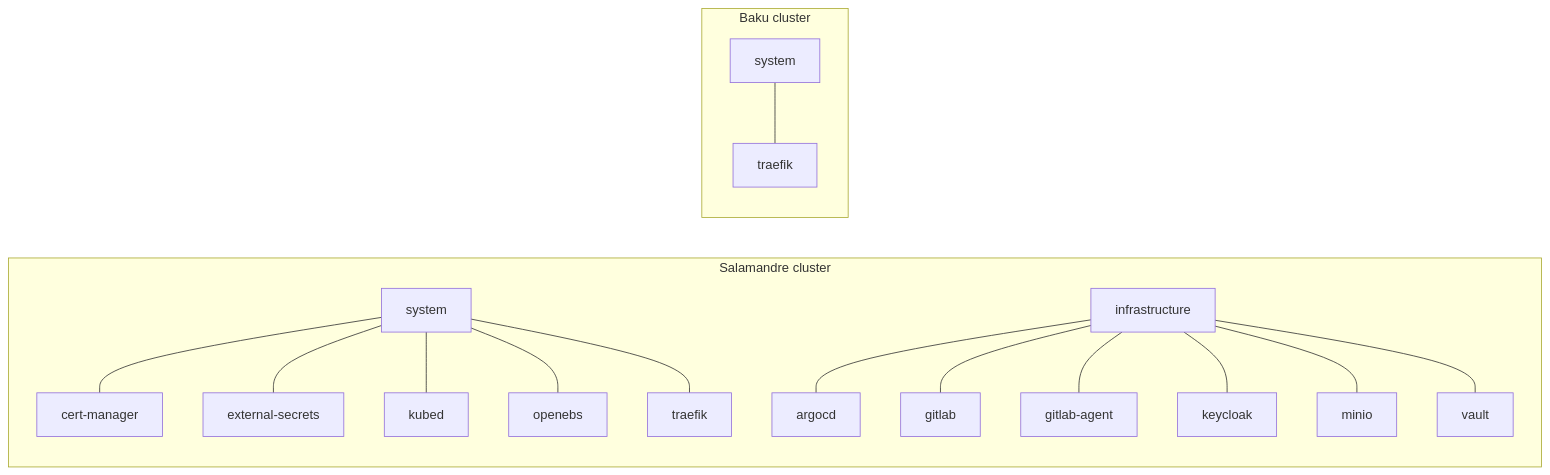
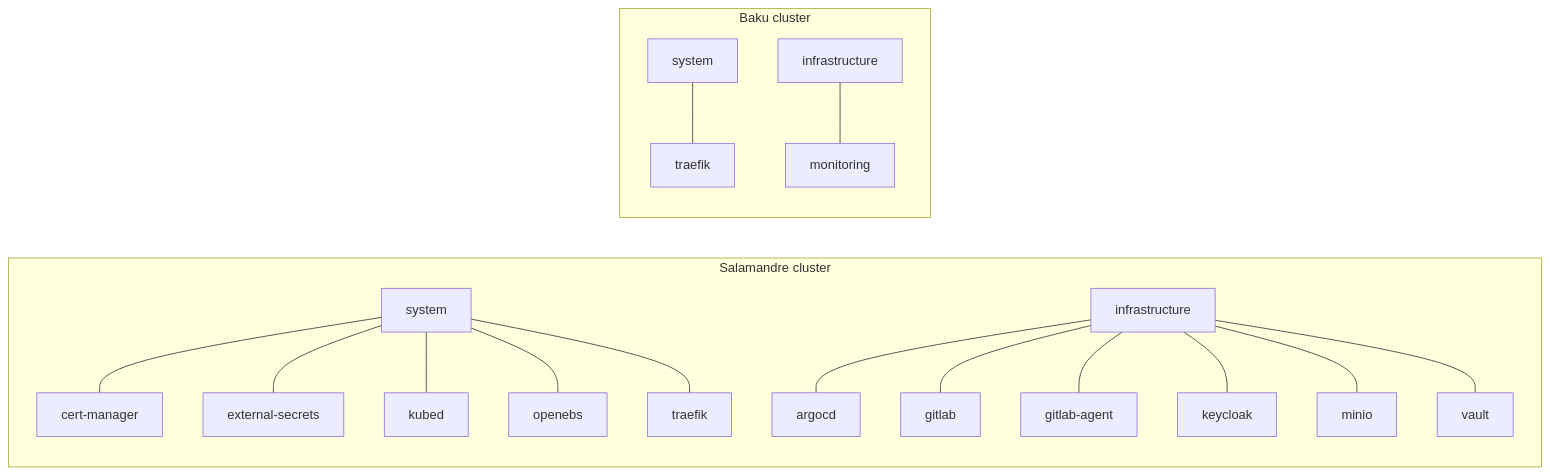
The first of 2 diagrams in docs/references/architecture/overview.md (sebtiz13/homecluster), drawn with Mermaid before and after one commit. The commit also changed other lines of this file and 35 other files, not shown here.

````diff
--- a/docs/references/architecture/overview.md
+++ b/docs/references/architecture/overview.md
@@ -5,21 +5,22 @@
 ```mermaid
 graph LR
   subgraph "Salamandre cluster"
     s-system[system] --- cert-manager
     s-system --- external-secrets
     s-system --- kubed
     s-system --- openebs
     s-system --- s-traefik[traefik]
 
     s-infrastructure[infrastructure] --- argocd
     s-infrastructure --- gitlab
     s-infrastructure --- gitlab-agent
     s-infrastructure --- keycloak
     s-infrastructure --- minio
     s-infrastructure --- vault
   end
 
   subgraph "Baku cluster"
     b-system[system] --- b-traefik[traefik]
+    b-infrastructure[infrastructure] --- monitoring
   end
 ```
````
